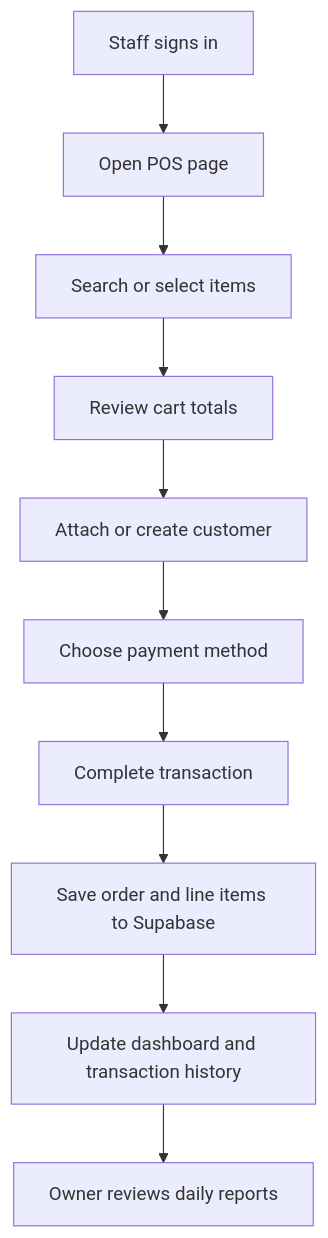
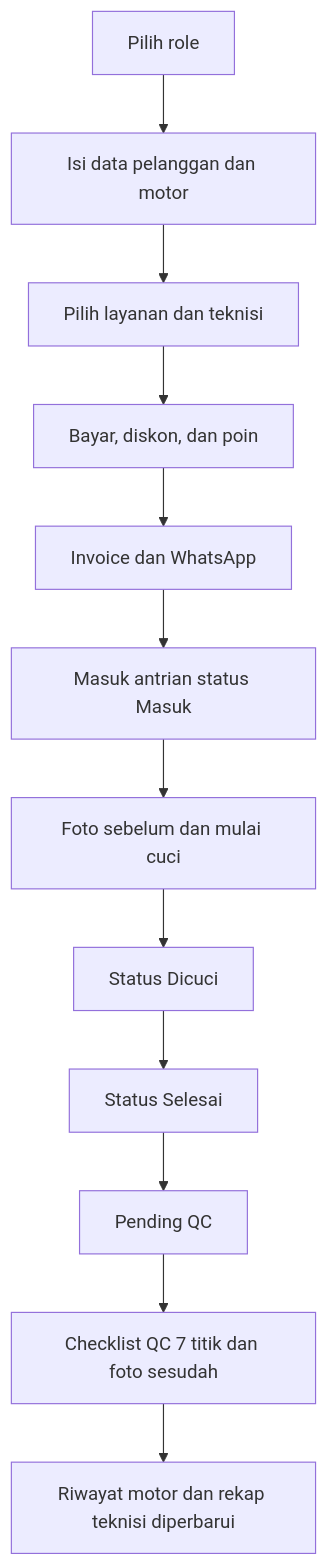
Before and after one commit to triosptr/app-genautocare: the diagram in .trae/documents/product-requirements.md, drawn with Mermaid. The commit also changed other lines of this file and 26 other files, not shown here.

````diff
--- a/.trae/documents/product-requirements.md
+++ b/.trae/documents/product-requirements.md
@@ -43,12 +52,14 @@
 ```mermaid
 flowchart TD
-  A["Staff signs in"] --> B["Open POS page"]
-  B --> C["Search or select items"]
-  C --> D["Review cart totals"]
-  D --> E["Attach or create customer"]
-  E --> F["Choose payment method"]
-  F --> G["Complete transaction"]
-  G --> H["Save order and line items to Supabase"]
-  H --> I["Update dashboard and transaction history"]
-  I --> J["Owner reviews daily reports"]
+  A["Pilih role"] --> B["Isi data pelanggan dan motor"]
+  B --> C["Pilih layanan dan teknisi"]
+  C --> D["Bayar, diskon, dan poin"]
+  D --> E["Invoice dan WhatsApp"]
+  E --> F["Masuk antrian status Masuk"]
+  F --> G["Foto sebelum dan mulai cuci"]
+  G --> H["Status Dicuci"]
+  H --> I["Status Selesai"]
+  I --> J["Pending QC"]
+  J --> K["Checklist QC 7 titik dan foto sesudah"]
+  K --> L["Riwayat motor dan rekap teknisi diperbarui"]
 ```
````
